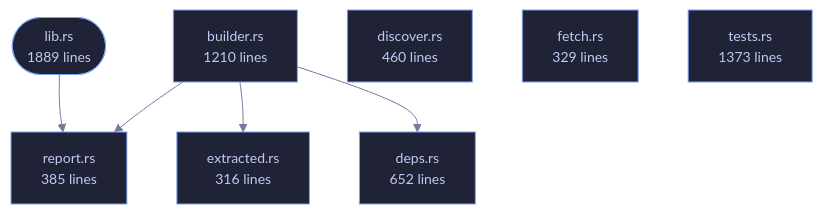
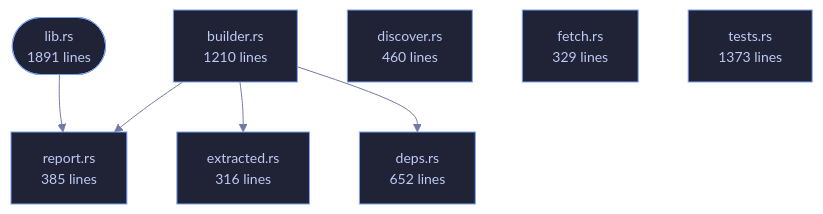
The diagram in wiki/Crate-veilvoice-verify.md (tilas01/veilvoice), drawn with Mermaid before and after one commit. The commit also changed other lines of this file and 550 other files, not shown here.

````diff
--- a/wiki/Crate-veilvoice-verify.md
+++ b/wiki/Crate-veilvoice-verify.md
@@ -80,24 +80,24 @@
 ```mermaid
 %%{init: {"theme":"base","themeVariables":{"background":"#1a1b26","primaryColor":"#1f2335","primaryTextColor":"#c0caf5","primaryBorderColor":"#7aa2f7","secondaryColor":"#16161e","tertiaryColor":"#16161e","lineColor":"#737aa2","textColor":"#c0caf5","mainBkg":"#1f2335","nodeBorder":"#7aa2f7","clusterBkg":"#16161e","clusterBorder":"#2f3549","fontFamily":"ui-monospace, SFMono-Regular, Consolas, monospace","fontSize":"14px"}}}%%
 flowchart TD
-    n_lib(["lib.rs<br/>1889 lines"])
+    n_lib(["lib.rs<br/>1891 lines"])
     n_builder["builder.rs<br/>1210 lines"]
     n_deps["deps.rs<br/>652 lines"]
     n_discover["discover.rs<br/>460 lines"]
     n_extracted["extracted.rs<br/>316 lines"]
     n_fetch["fetch.rs<br/>329 lines"]
     n_report["report.rs<br/>385 lines"]
     n_tests["tests.rs<br/>1373 lines"]
     n_builder --> n_deps
     n_builder --> n_extracted
     n_builder --> n_report
     n_lib --> n_report
     click n_lib href "https://github.com/tilas01/veilvoice/blob/main/crates/veilvoice-verify/src/lib.rs" "open the source"
     click n_builder href "https://github.com/tilas01/veilvoice/blob/main/crates/veilvoice-verify/src/builder.rs" "open the source"
     click n_deps href "https://github.com/tilas01/veilvoice/blob/main/crates/veilvoice-verify/src/deps.rs" "open the source"
     click n_discover href "https://github.com/tilas01/veilvoice/blob/main/crates/veilvoice-verify/src/discover.rs" "open the source"
     click n_extracted href "https://github.com/tilas01/veilvoice/blob/main/crates/veilvoice-verify/src/extracted.rs" "open the source"
     click n_fetch href "https://github.com/tilas01/veilvoice/blob/main/crates/veilvoice-verify/src/fetch.rs" "open the source"
     click n_report href "https://github.com/tilas01/veilvoice/blob/main/crates/veilvoice-verify/src/report.rs" "open the source"
     click n_tests href "https://github.com/tilas01/veilvoice/blob/main/crates/veilvoice-verify/src/tests.rs" "open the source"
 ```
````
